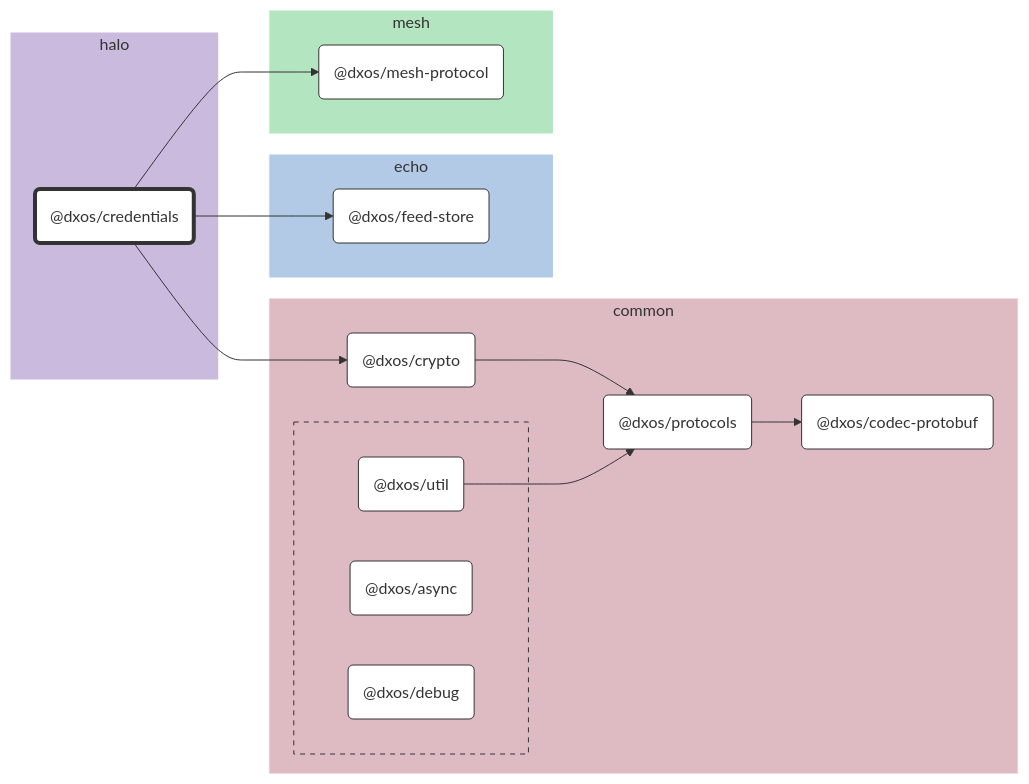
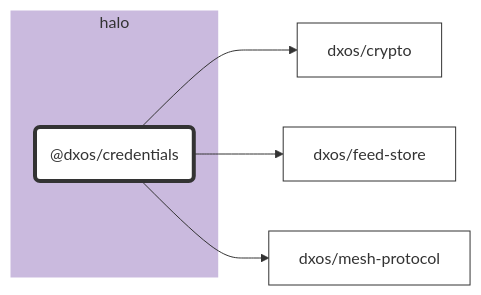
One commit to dxos/dxos changed the diagram in packages/halo/credentials/docs/README.md. Above: the diagram before and after it, drawn with Mermaid. The commit also changed 84 other files, not shown here.

````diff
--- a/packages/halo/credentials/docs/README.md
+++ b/packages/halo/credentials/docs/README.md
@@ -7,75 +7,23 @@
 ```mermaid
 %%{ init: {'flowchart':{'curve':'basis'}} }%%
 
 flowchart LR
 
-%% Links
-dxos/credentials --> dxos/crypto;
-dxos/credentials --> dxos/feed-store;
-dxos/credentials --> dxos/mesh-protocol;
-dxos/crypto --> dxos/protocols;
-dxos/protocols --> dxos/codec-protobuf;
-dxos/util --> dxos/protocols;
+%% Classes
+classDef default fill:#fff,stroke:#333,stroke-width:1px
+classDef root fill:#fff,stroke:#333,stroke-width:4px
 
-%% Sections
-subgraph halo
-  style halo fill:#cabade,stroke:#fff;
+%% Nodes
 
-  dxos/credentials("@dxos/credentials")
+subgraph halo [halo]
+  style halo fill:#cabade,stroke:#fff
+  dxos/credentials("@dxos/credentials"):::root
+  click dxos/credentials "dxos/dxos/tree/main/packages/halo/credentials/docs"
 end
 
-subgraph common
-  style common fill:#debac2,stroke:#fff;
-
-  dxos/codec-protobuf("@dxos/codec-protobuf")
-  dxos/crypto("@dxos/crypto")
-  dxos/protocols("@dxos/protocols")
-
-  subgraph common-excluded [ ]
-    style common-excluded fill:#debac2,stroke:#333,stroke-dasharray:5 5;
-
-    dxos/async("@dxos/async")
-    dxos/debug("@dxos/debug")
-    dxos/util("@dxos/util")
-  end
-end
-
-subgraph echo
-  style echo fill:#b3cae6,stroke:#fff;
-
-  dxos/feed-store("@dxos/feed-store")
-end
-
-subgraph mesh
-  style mesh fill:#b3e6c0,stroke:#fff;
-
-  dxos/mesh-protocol("@dxos/mesh-protocol")
-end
-
-
-%% Hyperlinks
-click dxos/async "dxos/dxos/tree/main/packages/common/async/docs";
-click dxos/codec-protobuf "dxos/dxos/tree/main/packages/common/codec-protobuf/docs";
-click dxos/crypto "dxos/dxos/tree/main/packages/common/crypto/docs";
-click dxos/debug "dxos/dxos/tree/main/packages/common/debug/docs";
-click dxos/feed-store "dxos/dxos/tree/main/packages/echo/feed-store/docs";
-click dxos/mesh-protocol "dxos/dxos/tree/main/packages/mesh/mesh-protocol/docs";
-click dxos/protocols "dxos/dxos/tree/main/packages/common/protocols/docs";
-click dxos/util "dxos/dxos/tree/main/packages/common/util/docs";
-
-%% Styles
-classDef rootNode fill:#fff,stroke:#333,stroke-width:4px
-classDef defaultNode fill:#fff,stroke:#333,stroke-width:1px
+%% Links
 linkStyle default stroke:#333,stroke-width:1px
-
-dxos/credentials:::rootNode
-
-dxos/async:::defaultNode
-dxos/codec-protobuf:::defaultNode
-dxos/crypto:::defaultNode
-dxos/debug:::defaultNode
-dxos/feed-store:::defaultNode
-dxos/mesh-protocol:::defaultNode
-dxos/protocols:::defaultNode
-dxos/util:::defaultNode
+dxos/credentials --> dxos/crypto
+dxos/credentials --> dxos/feed-store
+dxos/credentials --> dxos/mesh-protocol
 ```
````
